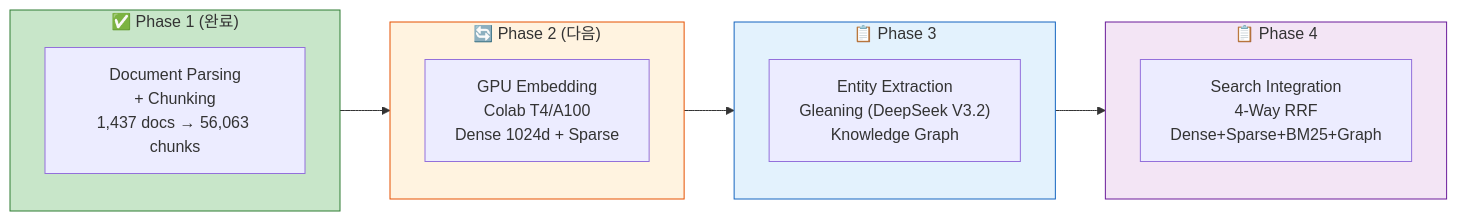
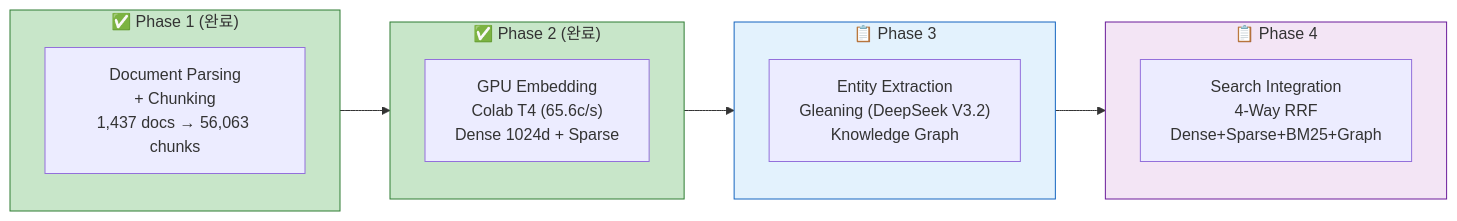
Diagram 11 of 11 in knowledge_service/docs/07_maintenance/28_etl_phase1_final_report.md (k82022603/hybrid-rag-knowledge-ops), drawn with Mermaid before and after one commit. The commit also changed other lines of this file and 7 other files, not shown here.

First line of the commit message:
[FEAT] P0-4 GPU 임베딩 완료 - 56,063건 100% Dense+Sparse 임베딩

````diff
--- a/knowledge_service/docs/07_maintenance/28_etl_phase1_final_report.md
+++ b/knowledge_service/docs/07_maintenance/28_etl_phase1_final_report.md
@@ -382,25 +382,25 @@
 ```mermaid
 flowchart LR
     subgraph Done["✅ Phase 1 (완료)"]
         P1["Document Parsing<br/>+ Chunking<br/>1,437 docs → 56,063 chunks"]
     end
 
-    subgraph Next["🔄 Phase 2 (다음)"]
-        P2["GPU Embedding<br/>Colab T4/A100<br/>Dense 1024d + Sparse"]
+    subgraph Next["✅ Phase 2 (완료)"]
+        P2["GPU Embedding<br/>Colab T4 (65.6c/s)<br/>Dense 1024d + Sparse"]
     end
 
     subgraph Future1["📋 Phase 3"]
         P3["Entity Extraction<br/>Gleaning (DeepSeek V3.2)<br/>Knowledge Graph"]
     end
 
     subgraph Future2["📋 Phase 4"]
         P4["Search Integration<br/>4-Way RRF<br/>Dense+Sparse+BM25+Graph"]
     end
 
     Done --> Next --> Future1 --> Future2
 
     style Done fill:#c8e6c9,stroke:#2e7d32
-    style Next fill:#fff3e0,stroke:#e65100
+    style Next fill:#c8e6c9,stroke:#2e7d32
     style Future1 fill:#e3f2fd,stroke:#1565c0
     style Future2 fill:#f3e5f5,stroke:#6a1b9a
 ```
````
